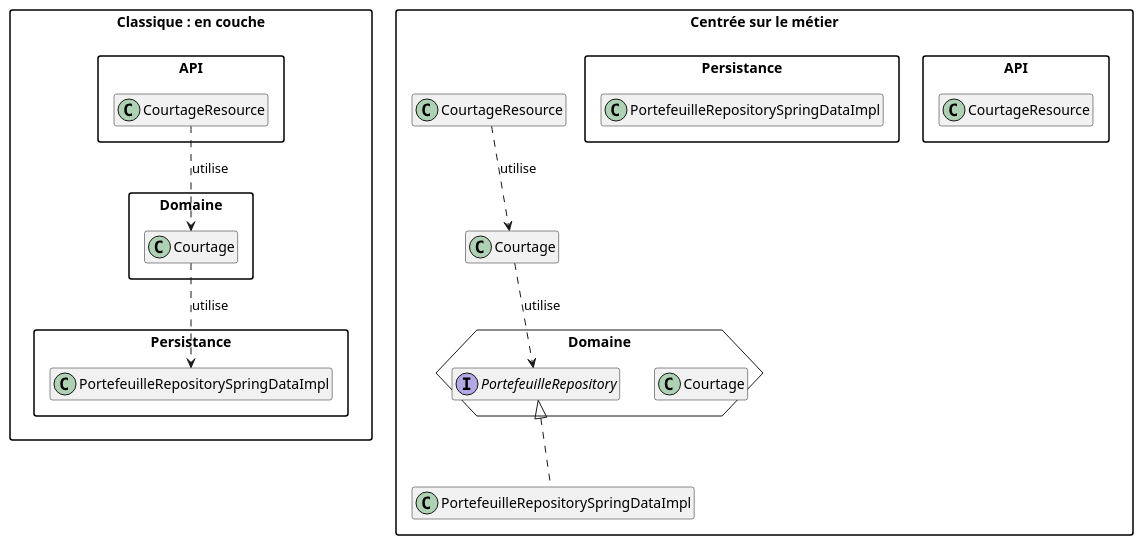
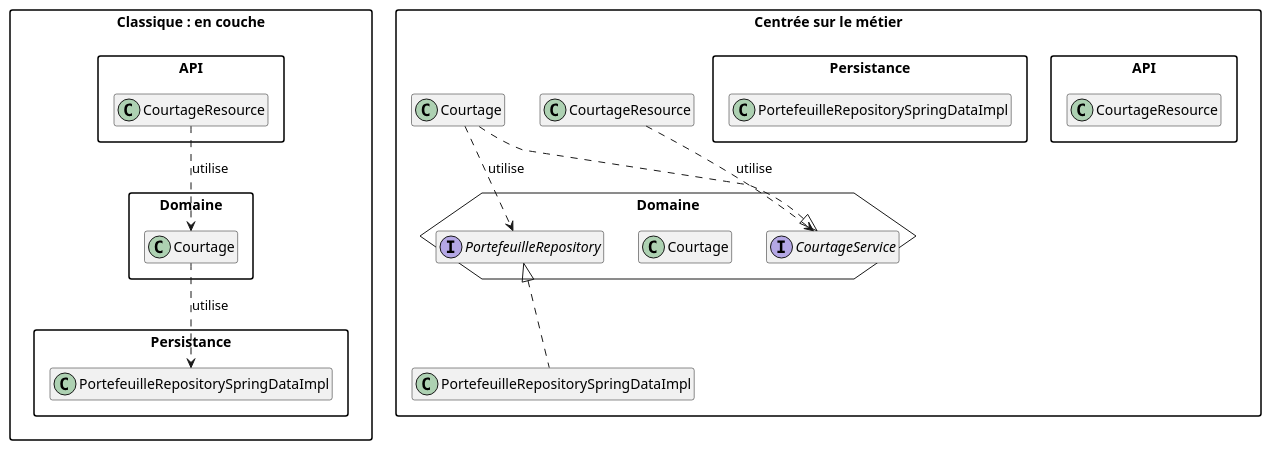
The second of 11 diagrams in README.md (javathought/lab-archi-hexa), drawn with PlantUML before and after one commit. The commit also changed other lines of this file, not shown here.

````diff
--- a/README.md
+++ b/README.md
@@ -92,37 +123,39 @@
 ```plantuml
 @startuml
 allowmixing
 skinparam packageStyle rectangle
 skinparam package.backgroundColor white
 hide empty members
 
 namespace "Classique : en couche" as classique {
 	namespace API {
 		class CourtageResource
 	}
 	namespace Domaine {
 		class Courtage
 	}
 	namespace Persistance {
 		class PortefeuilleRepositorySpringDataImpl
 	}
 	classique.Domaine.Courtage ..>  classique.Persistance.PortefeuilleRepositorySpringDataImpl : utilise
 	classique.API.CourtageResource ..> classique.Domaine.Courtage : utilise
 }
 package "Centrée sur le métier" as hex {
 	package API {
 		class CourtageResource
 	}
 	package Domaine <<Hexagon>> {
+		interface CourtageService
 		class Courtage
 		interface PortefeuilleRepository
 	}
 	package Persistance {
 		class PortefeuilleRepositorySpringDataImpl
 	}
-	CourtageResource ..> Courtage : utilise
+	CourtageResource ..> CourtageService : utilise
+	CourtageService <|.. Courtage
 	Courtage ..>  PortefeuilleRepository : utilise
 	PortefeuilleRepository <|.. PortefeuilleRepositorySpringDataImpl
 }
 @enduml
 ```
````
